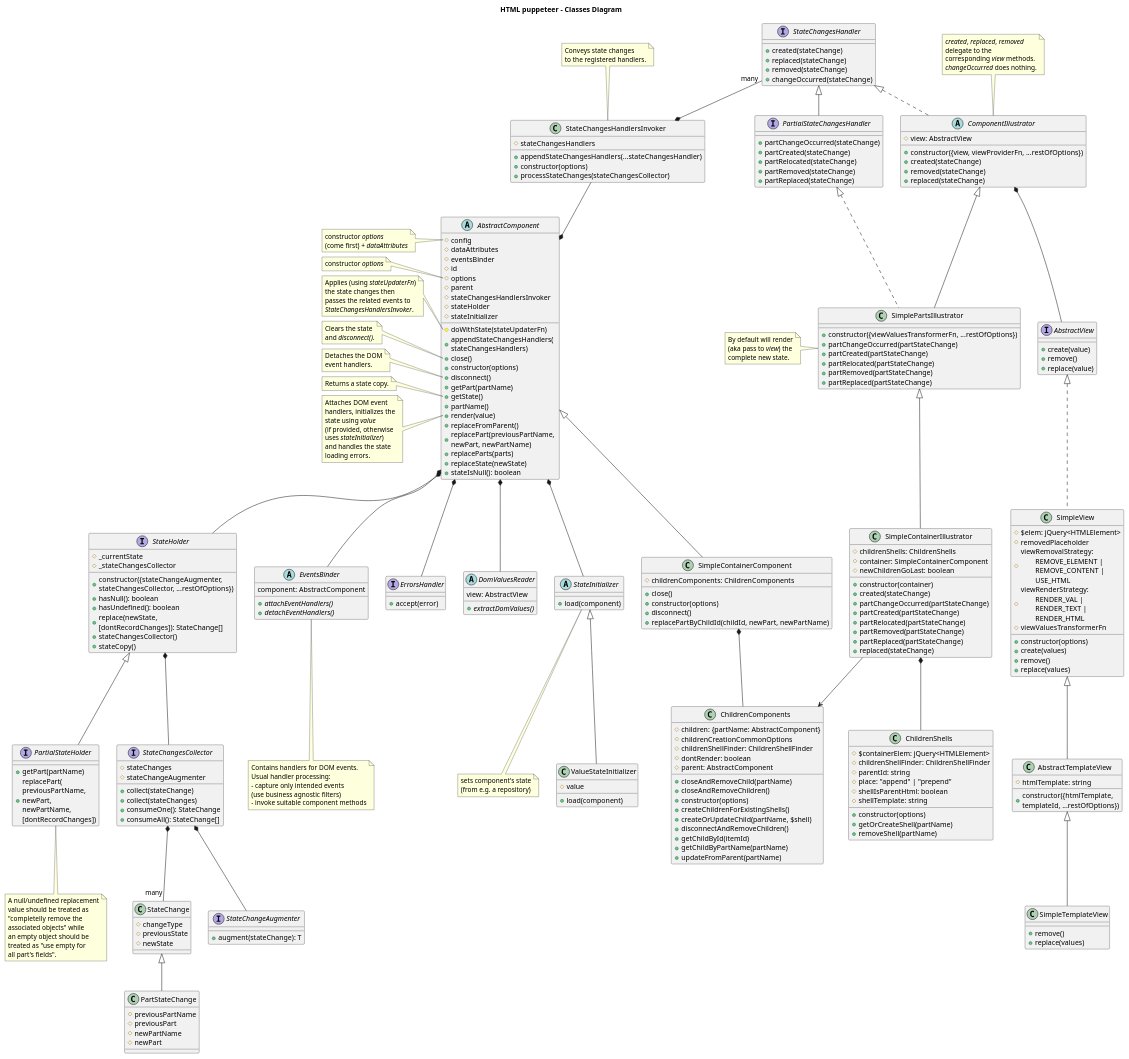
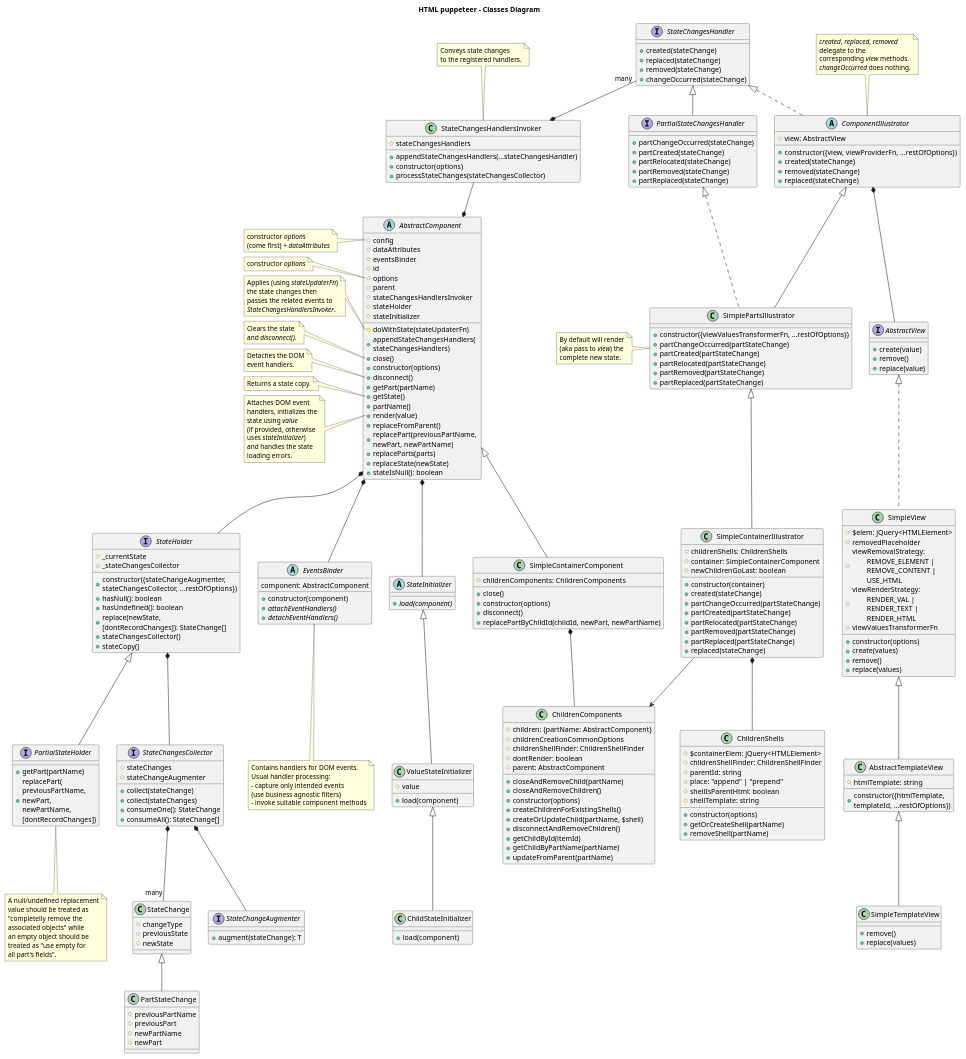
Before and after one commit to adrhc/html-puppeteer: the diagram in design/classes-diagram.puml, drawn with PlantUML.

Commit message:
classes-diagram.puml updated EventsBinder, added ChildStateInitializer.js

```diff
--- a/design/classes-diagram.puml
+++ b/design/classes-diagram.puml
@@ -165,6 +165,7 @@
 
 abstract EventsBinder {
   component: AbstractComponent
+  +constructor(component)
   {abstract}+attachEventHandlers()
   {abstract}+detachEventHandlers()
 }
@@ -178,16 +179,20 @@
 end note
 
 abstract StateInitializer {
+{abstract}+load(component)
+}
+
+/'note bottom of StateInitializer
+sets component's state
+(from e.g. a repository)
+end note'/
+
+class ValueStateInitializer extends StateInitializer {
+#value
 +load(component)
 }
 
-note bottom of StateInitializer
-sets component's state
-(from e.g. a repository)
-end note
-
-class ValueStateInitializer extends StateInitializer {
-#value
+class ChildStateInitializer extends ValueStateInitializer {
 +load(component)
 }
 
@@ -268,9 +273,9 @@
 
 SimpleContainerComponent *-down- ChildrenComponents
 
-interface ErrorsHandler {
+/'interface ErrorsHandler {
 +accept(error)
-}
+}'/
 
 interface AbstractView {
 +create(value)
@@ -442,16 +447,16 @@
 before reading their state.
 end note'/
 
-abstract DomValuesReader {
+/'abstract DomValuesReader {
   view: AbstractView
   {abstract}+extractDomValues()
-}
+}'/
 
 AbstractComponent *-down- EventsBinder
 AbstractComponent *-down- StateHolder
 AbstractComponent *-down- StateInitializer
-AbstractComponent *-down- DomValuesReader
-AbstractComponent *-down- ErrorsHandler
+'AbstractComponent *-down- DomValuesReader
+'AbstractComponent *-down- ErrorsHandler
 AbstractComponent *-up- StateChangesHandlersInvoker
 StateChangesHandlersInvoker *-up- "many" StateChangesHandler
 ComponentIllustrator *-- AbstractView
```
